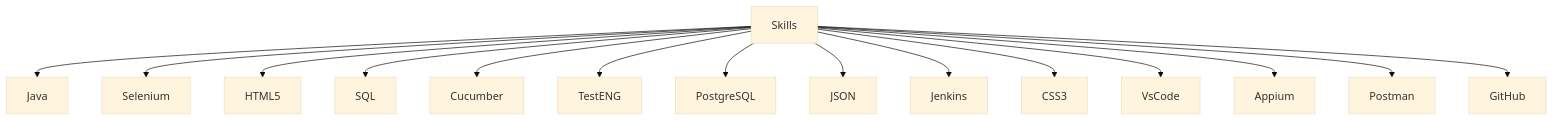
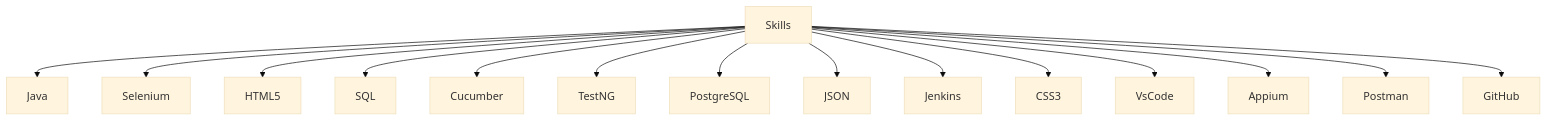
Before and after one commit to muzafferugur/muzafferugur: the diagram in README.md, drawn with Mermaid (base theme).

````diff
--- a/README.md
+++ b/README.md
@@ -28,17 +28,17 @@
 ```mermaid
 graph TD;
     Skills-->Java;
     Skills-->Selenium;
     Skills-->HTML5;
     Skills-->SQL;
     Skills-->Cucumber;
-    Skills-->TestENG;
+    Skills-->TestNG;
     Skills-->PostgreSQL;
     Skills-->JSON;
     Skills-->Jenkins;
     Skills-->CSS3;
     Skills-->VsCode;
     Skills-->Appium;
     Skills-->Postman;
     Skills-->GitHub;
    ```
````
